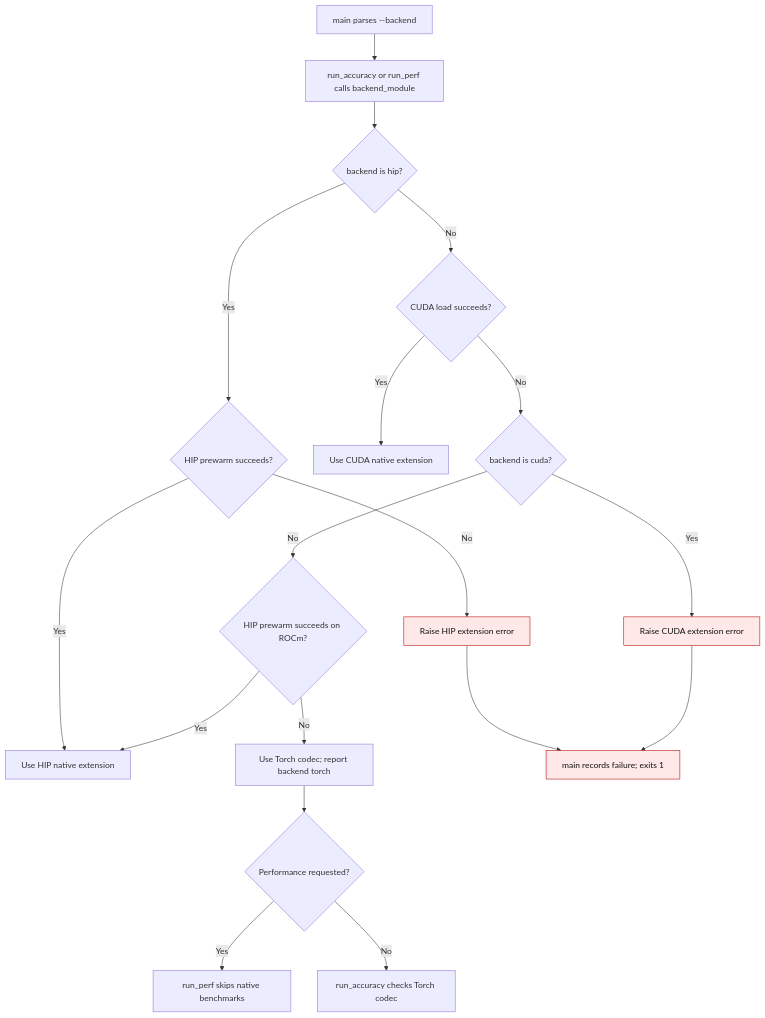
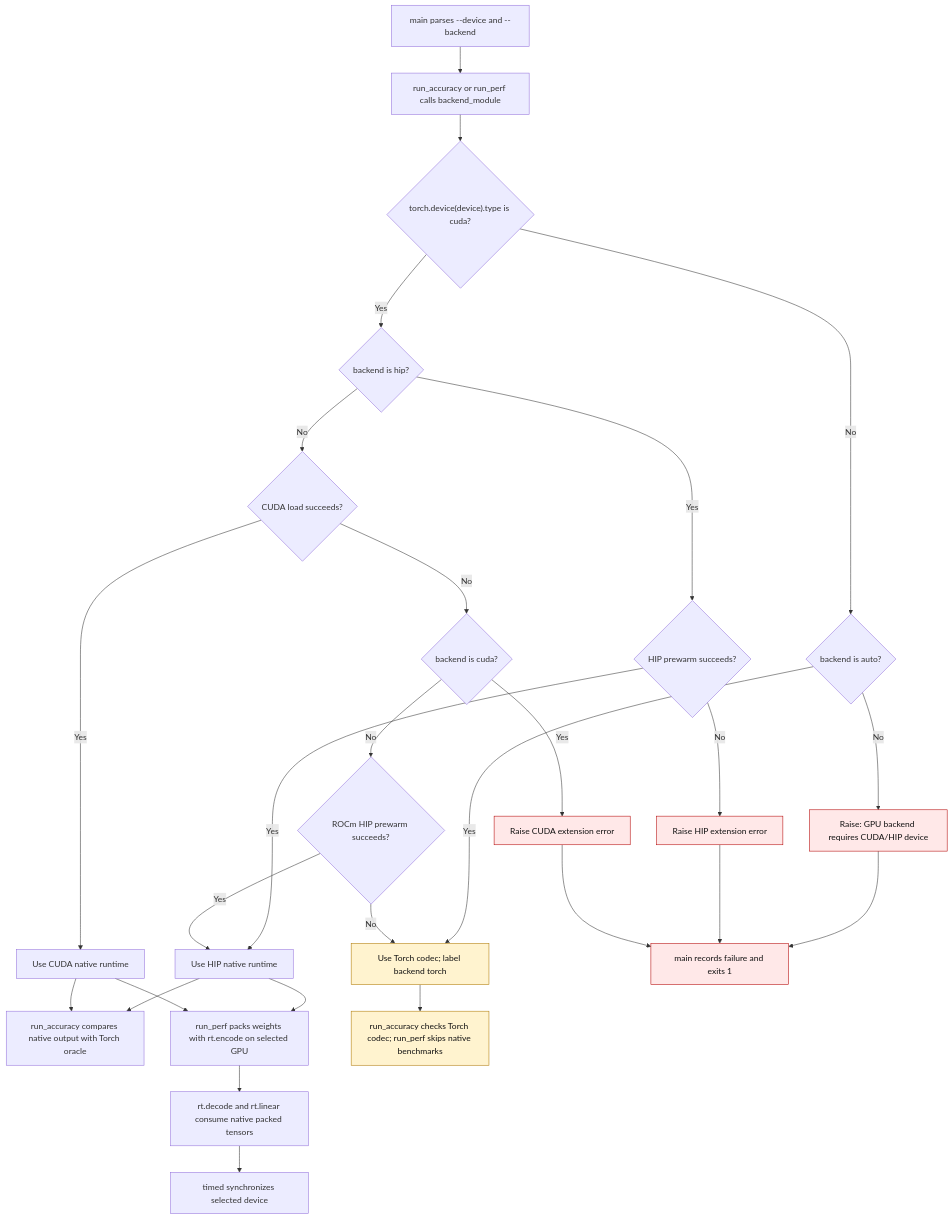
The diagram in docs/nf12-validation-backends.md (ModelCloud/GPTQModel), drawn with Mermaid before and after one commit. The commit also changed other lines of this file and 1 other file, not shown here.

Commit message:
docs(nf12): trace validator backend and performance flow

````diff
--- a/docs/nf12-validation-backends.md
+++ b/docs/nf12-validation-backends.md
@@ -9,22 +12,33 @@
 ```mermaid
 flowchart TD
-    A["main parses --backend"] --> B["run_accuracy or run_perf calls backend_module"]
-    B --> C{"backend is hip?"}
-    C -- Yes --> D{"HIP prewarm succeeds?"}
-    D -- Yes --> H["Use HIP native extension"]
-    D -- No --> X["Raise HIP extension error"]
-    C -- No --> E{"CUDA load succeeds?"}
-    E -- Yes --> I["Use CUDA native extension"]
-    E -- No --> F{"backend is cuda?"}
-    F -- Yes --> Y["Raise CUDA extension error"]
-    F -- No --> G{"HIP prewarm succeeds on ROCm?"}
-    G -- Yes --> H
-    G -- No --> J["Use Torch codec; report backend torch"]
-    X --> K["main records failure; exits 1"]
-    Y --> K
-    J --> L{"Performance requested?"}
-    L -- Yes --> M["run_perf skips native benchmarks"]
-    L -- No --> N["run_accuracy checks Torch codec"]
+    A["main parses --device and --backend"] --> B["run_accuracy or run_perf calls backend_module"]
+    B --> C{"torch.device(device).type is cuda?"}
+    C -- No --> D{"backend is auto?"}
+    D -- Yes --> T["Use Torch codec; label backend torch"]
+    D -- No --> X["Raise: GPU backend requires CUDA/HIP device"]
+    C -- Yes --> E{"backend is hip?"}
+    E -- Yes --> F{"HIP prewarm succeeds?"}
+    F -- Yes --> H["Use HIP native runtime"]
+    F -- No --> Y["Raise HIP extension error"]
+    E -- No --> G{"CUDA load succeeds?"}
+    G -- Yes --> I["Use CUDA native runtime"]
+    G -- No --> J{"backend is cuda?"}
+    J -- Yes --> Z["Raise CUDA extension error"]
+    J -- No --> K{"ROCm HIP prewarm succeeds?"}
+    K -- Yes --> H
+    K -- No --> T
+    H --> U["run_accuracy compares native output with Torch oracle"]
+    I --> U
+    H --> N["run_perf packs weights with rt.encode on selected GPU"]
+    I --> N
+    N --> O["rt.decode and rt.linear consume native packed tensors"]
+    O --> P["timed synchronizes selected device"]
+    T --> V["run_accuracy checks Torch codec; run_perf skips native benchmarks"]
+    X --> Q["main records failure and exits 1"]
+    Y --> Q
+    Z --> Q
     classDef failure fill:#ffe8e8,stroke:#b30000,color:#111;
-    class X,Y,K failure;
+    classDef fallback fill:#fff3cf,stroke:#ad7700,color:#111;
+    class X,Y,Z,Q failure;
+    class T,V fallback;
 ```
````
